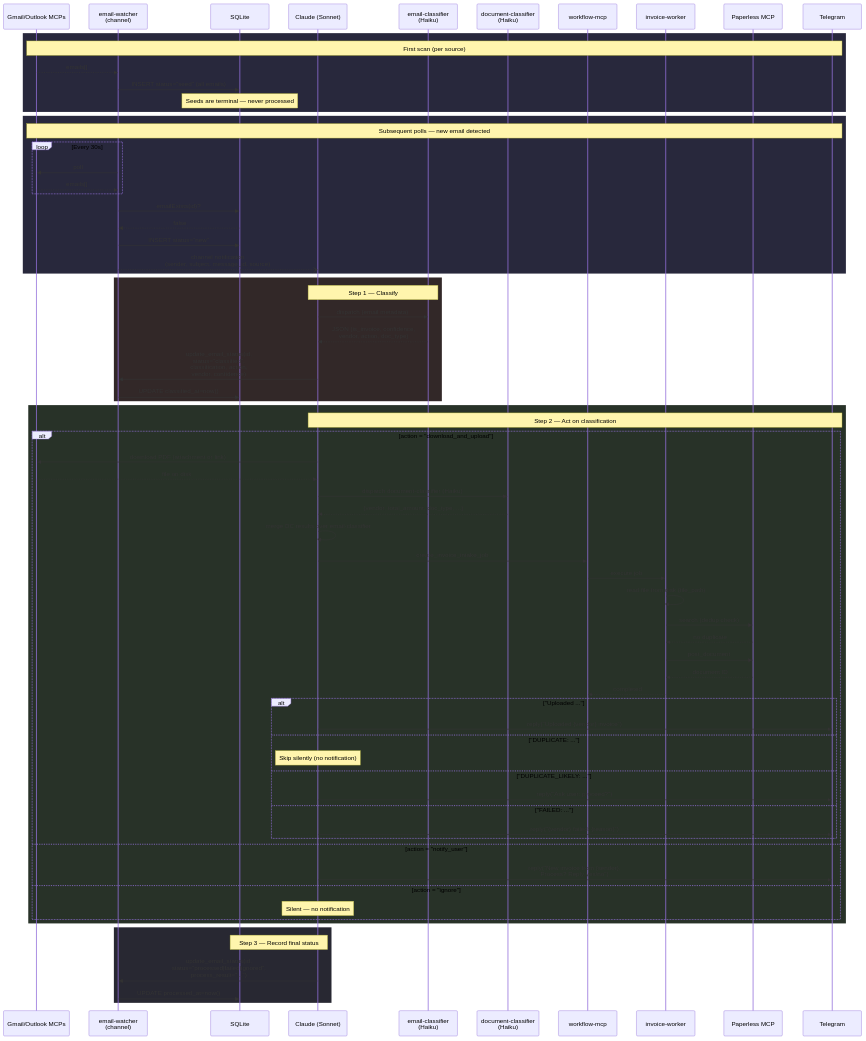
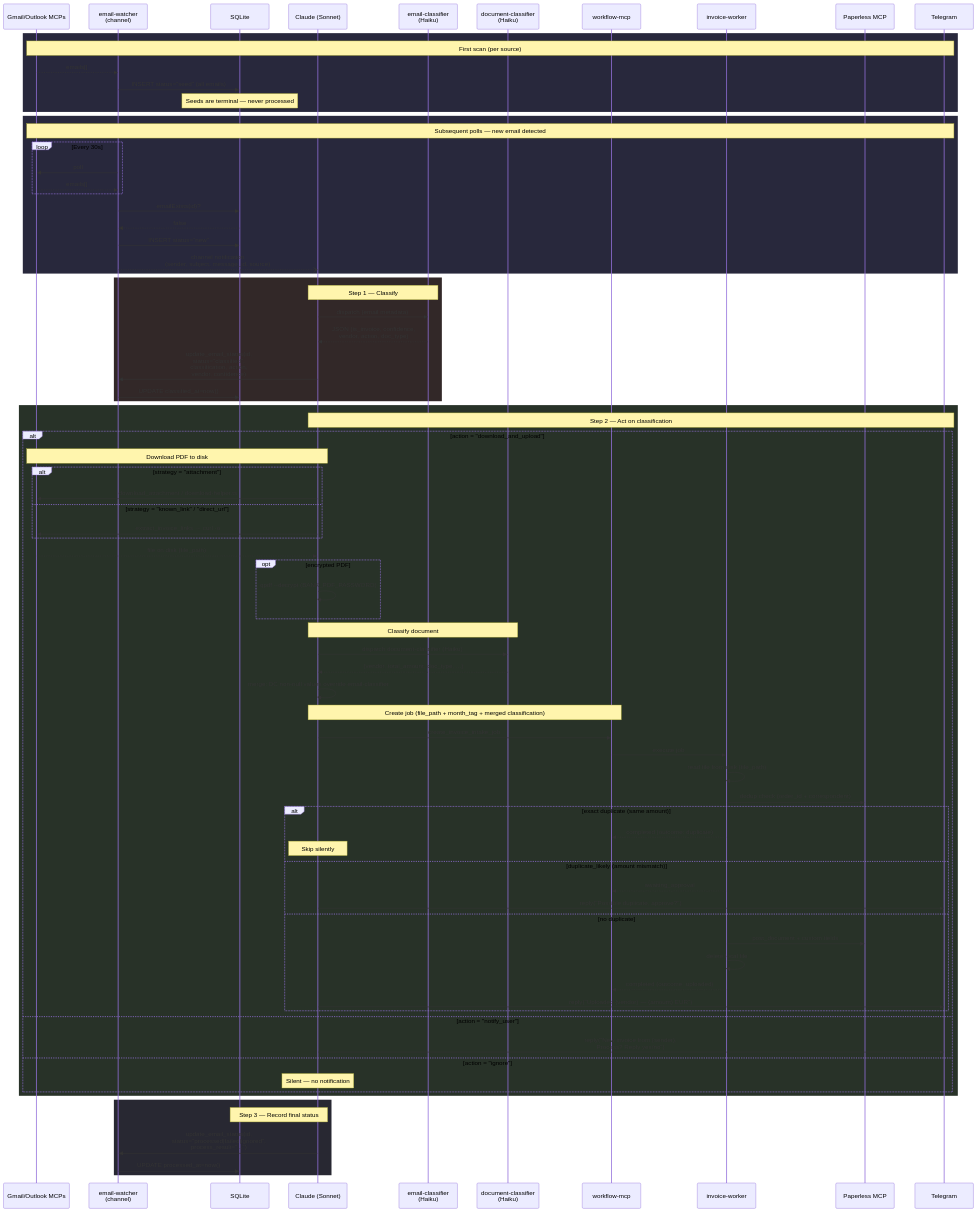
One commit to mcsdodo/personal-assistant changed the second of 3 diagrams in docs/uc1-invoice-processing.md. Above: the diagram before and after it, drawn with Mermaid.

Commit message:
docs(uc1): update pipeline sequence diagram for unified classifier
Replace old multi-gate approval model with current flow:
- Download strategies (attachment, known_link, direct_url)
- qpdf decrypt step for encrypted PDFs
- Merge semantics (DC overrides email-classifier)
- Job creation with file_path + month_tag
- Simplified approval: only duplicate_likely pauses
- Exact duplicates skip silently, uploads notify via Telegram

```diff
--- a/docs/uc1-invoice-processing.md
+++ b/docs/uc1-invoice-processing.md
@@ -76,28 +76,39 @@
     note over C,TG: Step 2 — Act on classification
 
     alt action = "download_and_upload"
-        C->>G: download PDF (attachment or link)
-        G-->>C: file on disk
+        note over C,G: Download PDF to disk
+        alt strategy = "attachment"
+            C->>G: download_attachment / download-helper.ts
+        else strategy = "known_link" / "direct_url"
+            C->>G: extract_invoice_links → curl -o
+        end
+        G-->>C: file on disk (file_path)
+        opt encrypted PDF
+            C->>C: qpdf --decrypt (BANK_PDF_PASSWORD)
+        end
+
+        note over C,DC: Classify document
         C->>DC: dispatch document-classifier (Haiku)
         DC-->>C: {vendor, total_amount, doc_type, ...}
-        C->>C: merge DC results over email-classifier
+        C->>C: merge: DC non-null values override email-classifier
+
+        note over C,WF: Create job (file_path + month_tag + merged classification)
         C->>WF: create_invoice_intake_job
         WF->>IW: execute job
         IW->>IW: read file from disk (file_path)
-        IW->>P: search (dedup check)
-        P-->>IW: no duplicate
-        IW->>P: post_document
-        P-->>IW: document ID
-        IW-->>WF: completed
+        IW->>P: dedup check (order_id + correspondent)
 
-        alt "Uploaded ..."
-            C->>TG: reply("Uploaded {vendor} invoice")
-        else "DUPLICATE: ..."
-            note over C: Skip silently (no notification)
-        else "DUPLICATE_LIKELY: ..."
-            C->>TG: reply("Ask user: proceed?")
-        else "FAILED: ..."
-            C->>TG: reply("{vendor} failed: {reason}")
+        alt exact duplicate (same amount)
+            IW-->>WF: completed (outcome: duplicate)
+            note over C: Skip silently
+        else duplicate_likely (amount mismatch)
+            IW-->>WF: awaiting_approval
+            C->>TG: reply("Possible duplicate, approve?")
+        else no duplicate
+            IW->>P: post_document + custom fields
+            IW->>IW: delete local file
+            IW-->>WF: completed (outcome: uploaded)
+            C->>TG: reply("Uploaded {vendor} — {amount} EUR")
         end
 
     else action = "notify_user"
```
